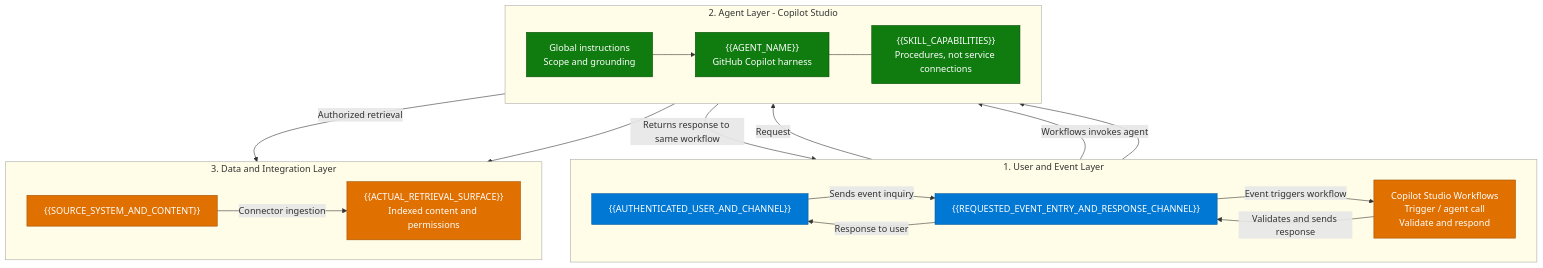
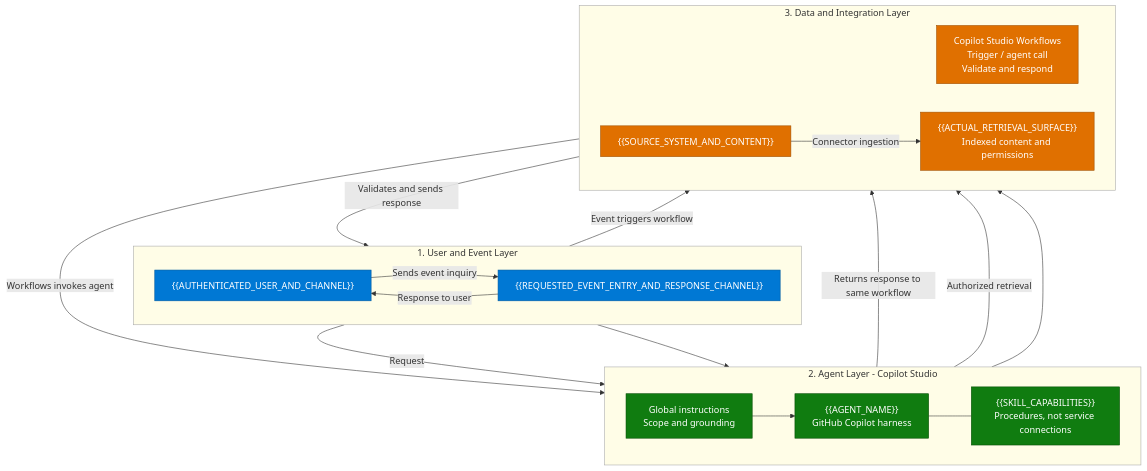
One commit to petepuu/ai-agent-runbooks changed the first of 3 diagrams in .github/skills/ghcp-scenario-authoring/templates/2.Architecture.md. Above: the diagram before and after it, drawn with Mermaid. The commit also changed other lines of this file and 2 other files, not shown here.

Commit message:
Place Workflows in the data and integration layer

````diff
--- a/.github/skills/ghcp-scenario-authoring/templates/2.Architecture.md
+++ b/.github/skills/ghcp-scenario-authoring/templates/2.Architecture.md
@@ -15,44 +15,44 @@
 ```mermaid
 flowchart TB
     subgraph USER["1. User and Event Layer"]
         direction LR
         U["{{AUTHENTICATED_USER_AND_CHANNEL}}"]
         M["{{REQUESTED_EVENT_ENTRY_AND_RESPONSE_CHANNEL}}"]
-        W["Copilot Studio Workflows<br/>Trigger / agent call<br/>Validate and respond"]
     end
     subgraph AGENT["2. Agent Layer - Copilot Studio"]
         direction LR
         I["Global instructions<br/>Scope and grounding"]
         A["{{AGENT_NAME}}<br/>GitHub Copilot harness"]
         S["{{SKILL_CAPABILITIES}}<br/>Procedures, not service connections"]
     end
     subgraph DATA["3. Data and Integration Layer"]
         direction LR
+        W["Copilot Studio Workflows<br/>Trigger / agent call<br/>Validate and respond"]
         K["{{ACTUAL_RETRIEVAL_SURFACE}}<br/>Indexed content and permissions"]
         SRC["{{SOURCE_SYSTEM_AND_CONTENT}}"]
     end
     USER --> AGENT
     AGENT --> DATA
     U -->|"Request"| A
     U -->|"Sends event inquiry"| M
     M -->|"Event triggers workflow"| W
     W -->|"Workflows invokes agent"| A
     A -->|"Returns response to same workflow"| W
     W -->|"Validates and sends response"| M
     M -->|"Response to user"| U
     I --> A
     A --- S
     A -->|"Authorized retrieval"| K
     SRC -->|"Connector ingestion"| K
     style U fill:#0078D4,color:#fff,stroke:#005A9E
     style M fill:#0078D4,color:#fff,stroke:#005A9E
     style W fill:#E07000,color:#fff,stroke:#A05000
     style A fill:#107C10,color:#fff,stroke:#004B00
     style I fill:#107C10,color:#fff,stroke:#004B00
     style S fill:#107C10,color:#fff,stroke:#004B00
     style K fill:#E07000,color:#fff,stroke:#A05000
     style SRC fill:#E07000,color:#fff,stroke:#A05000
     style USER fill:#fffde7,stroke:#aaa
     style AGENT fill:#fffde7,stroke:#aaa
     style DATA fill:#fffde7,stroke:#aaa
 ```
````
